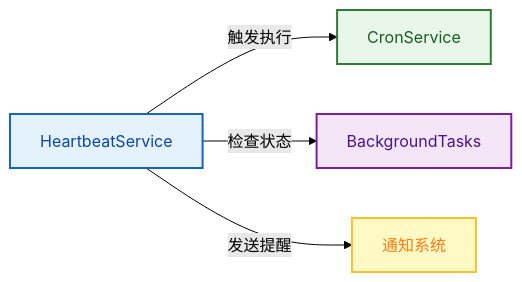
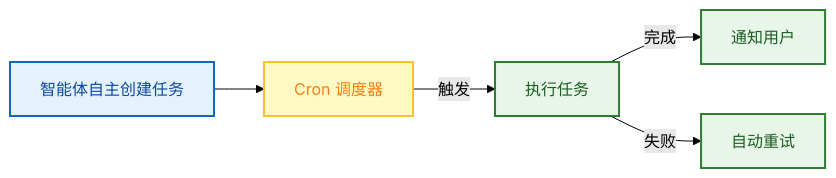
One commit to zhangjingyuan177-hue/FinchBot changed the ninth of 15 diagrams in docs/zh-CN/blog/finchbot-flexible-ai-agent-framework.md. Above: the diagram before and after it, drawn with Mermaid (forest theme). The commit also changed other lines of this file and 4 other files, not shown here.

````diff
--- a/docs/zh-CN/blog/finchbot-flexible-ai-agent-framework.md
+++ b/docs/zh-CN/blog/finchbot-flexible-ai-agent-framework.md
@@ -912,16 +433,11 @@
 ```mermaid
 flowchart LR
-    classDef heartbeat fill:#e3f2fd,stroke:#1565c0,stroke-width:2px,color:#0d47a1;
-    classDef cron fill:#e8f5e9,stroke:#2e7d32,stroke-width:2px,color:#1b5e20;
-    classDef background fill:#f3e5f5,stroke:#7b1fa2,stroke-width:2px,color:#4a148c;
-    classDef notify fill:#fff9c4,stroke:#fbc02d,stroke-width:2px,color:#f57f17;
+    classDef agent fill:#e3f2fd,stroke:#1565c0,stroke-width:2px,color:#0d47a1;
+    classDef system fill:#fff9c4,stroke:#fbc02d,stroke-width:2px,color:#f57f17;
+    classDef action fill:#e8f5e9,stroke:#2e7d32,stroke-width:2px,color:#1b5e20;
 
-    H[HeartbeatService]:::heartbeat
-    C[CronService]:::cron
-    B[BackgroundTasks]:::background
-    N[通知系统]:::notify
-
-    H --> |触发执行| C
-    H --> |检查状态| B
-    H --> |发送提醒| N
+    Agent[智能体自主创建任务]:::agent --> Scheduler[Cron 调度器]:::system
+    Scheduler --> |触发| Execute[执行任务]:::action
+    Execute --> |完成| Notify[通知用户]:::action
+    Execute --> |失败| Retry[自动重试]:::action
 ```
````
